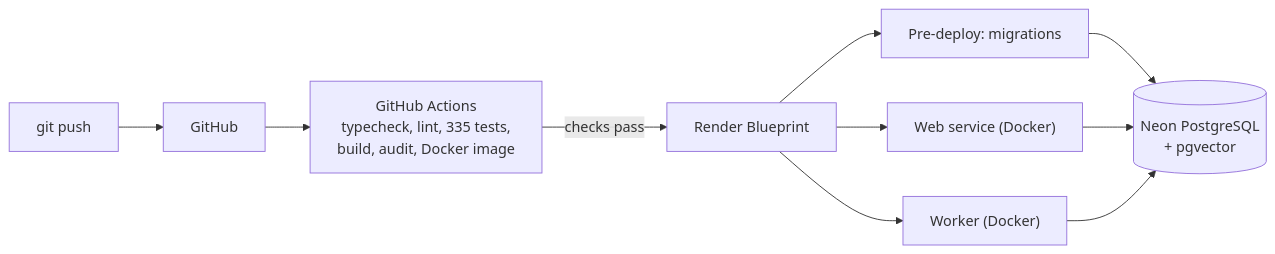
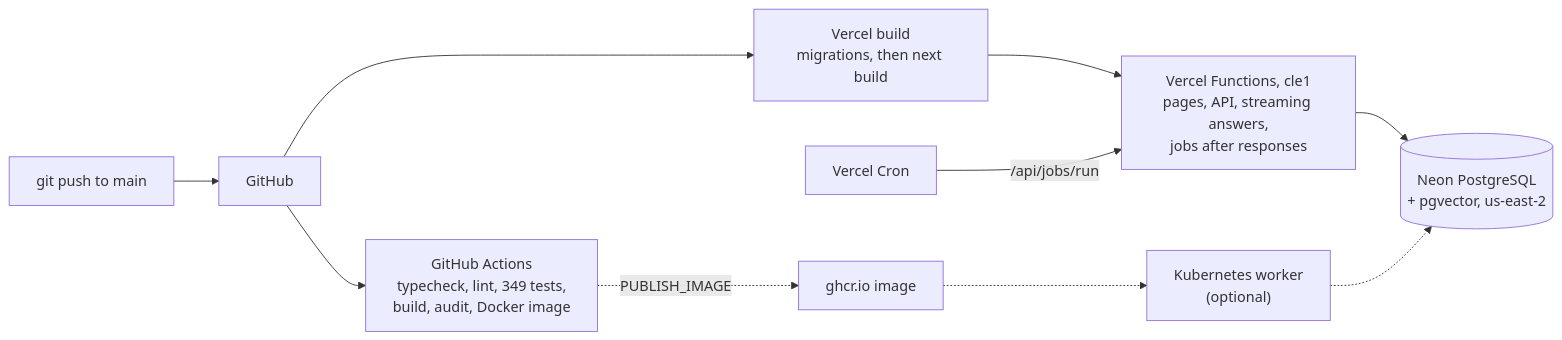
Before and after one commit to ankityadav1asia/Corpus: the tenth of 10 diagrams in README.md, drawn with Mermaid. The commit also changed other lines of this file and 49 other files, not shown here.

First line of the commit message:
Deploy on Vercel, with an optional Kubernetes worker

````diff
--- a/README.md
+++ b/README.md
@@ -275,12 +275,12 @@
 ```mermaid
 flowchart LR
-  PUSH["git push"] --> GH["GitHub"]
-  GH --> CI["GitHub Actions<br/>typecheck, lint, 335 tests,<br/>build, audit, Docker image"]
-  CI -->|"checks pass"| RB["Render Blueprint"]
-  RB --> PRE["Pre-deploy: migrations"]
-  RB --> WEB["Web service (Docker)"]
-  RB --> WRK["Worker (Docker)"]
-  PRE --> NEON[("Neon PostgreSQL<br/>+ pgvector")]
-  WEB --> NEON
-  WRK --> NEON
+  PUSH["git push to main"] --> GH["GitHub"]
+  GH --> VB["Vercel build<br/>migrations, then next build"]
+  VB --> VF["Vercel Functions, cle1<br/>pages, API, streaming answers,<br/>jobs after responses"]
+  CRON["Vercel Cron"] -->|"/api/jobs/run"| VF
+  GH --> CI["GitHub Actions<br/>typecheck, lint, 349 tests,<br/>build, audit, Docker image"]
+  CI -.->|"PUBLISH_IMAGE"| IMG["ghcr.io image"]
+  IMG -.-> K8S["Kubernetes worker<br/>(optional)"]
+  VF --> NEON[("Neon PostgreSQL<br/>+ pgvector, us-east-2")]
+  K8S -.-> NEON
 ```
````
